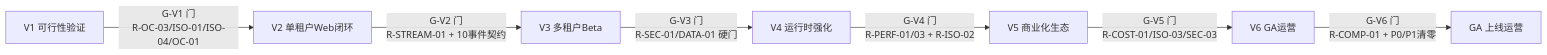
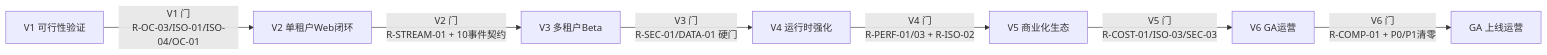
The sixth of 6 diagrams in 改造计划/18-风险登记册.md (edward-ng-duke/LobsterAI), drawn with Mermaid before and after one commit. The commit also changed other lines of this file and 27 other files, not shown here.

````diff
--- a/改造计划/18-风险登记册.md
+++ b/改造计划/18-风险登记册.md
@@ -344,9 +370,9 @@
 ```mermaid
 flowchart LR
-    V1[V1 可行性验证] -->|G-V1 门<br/>R-OC-03/ISO-01/ISO-04/OC-01| V2[V2 单租户Web闭环]
-    V2 -->|G-V2 门<br/>R-STREAM-01 + 10事件契约| V3[V3 多租户Beta]
-    V3 -->|G-V3 门<br/>R-SEC-01/DATA-01 硬门| V4[V4 运行时强化]
-    V4 -->|G-V4 门<br/>R-PERF-01/03 + R-ISO-02| V5[V5 商业化生态]
-    V5 -->|G-V5 门<br/>R-COST-01/ISO-03/SEC-03| V6[V6 GA运营]
-    V6 -->|G-V6 门<br/>R-COMP-01 + P0/P1清零| GA[GA 上线运营]
+    V1[V1 可行性验证] -->|V1 门<br/>R-OC-03/ISO-01/ISO-04/OC-01| V2[V2 单租户Web闭环]
+    V2 -->|V2 门<br/>R-STREAM-01 + 10事件契约| V3[V3 多租户Beta]
+    V3 -->|V3 门<br/>R-SEC-01/DATA-01 硬门| V4[V4 运行时强化]
+    V4 -->|V4 门<br/>R-PERF-01/03 + R-ISO-02| V5[V5 商业化生态]
+    V5 -->|V5 门<br/>R-COST-01/ISO-03/SEC-03| V6[V6 GA运营]
+    V6 -->|V6 门<br/>R-COMP-01 + P0/P1清零| GA[GA 上线运营]
 ```
````
